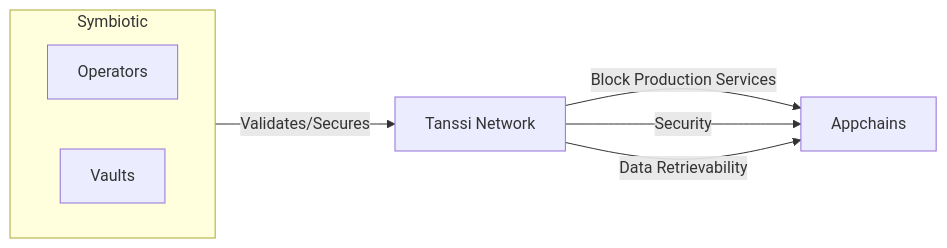
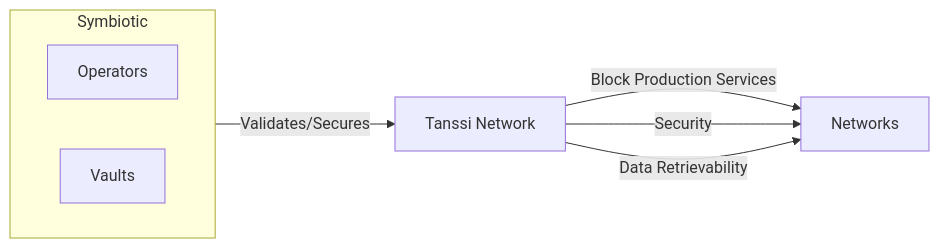
Before and after one commit to moondance-labs/tanssi-docs: the second of 2 diagrams in learn/tanssi/external-security-providers/symbiotic.md, drawn with Mermaid. The commit also changed other lines of this file and 5 other files, not shown here.

````diff
--- a/learn/tanssi/external-security-providers/symbiotic.md
+++ b/learn/tanssi/external-security-providers/symbiotic.md
@@ -101,12 +101,12 @@
 ```mermaid
 flowchart LR
     subgraph Symbiotic
         direction LR
         Operators
         Vaults
     end
     Symbiotic  -- Validates/Secures --> tanssi["Tanssi Network"]
-    tanssi -- Block Production Services--> Appchains
-    tanssi -- Security--> Appchains
-    tanssi -- Data Retrievability--> Appchains
+    tanssi -- Block Production Services--> Networks
+    tanssi -- Security--> Networks
+    tanssi -- Data Retrievability--> Networks
 ```
````
